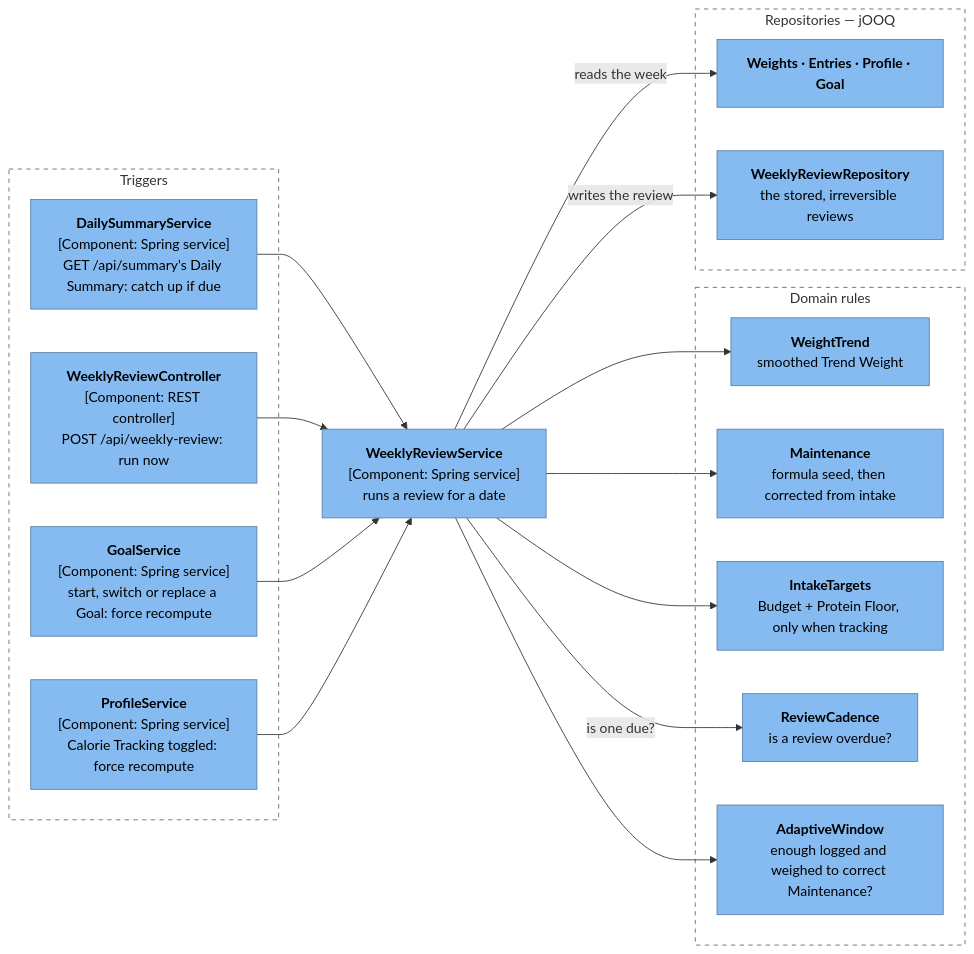
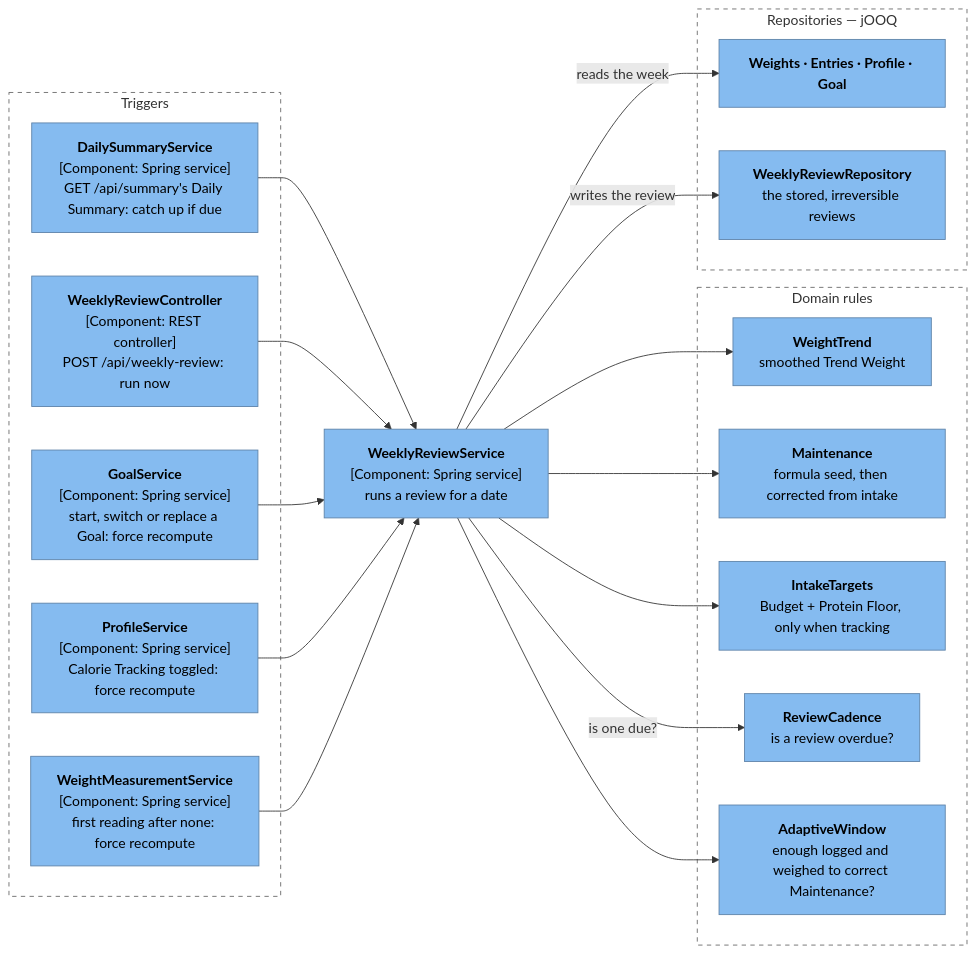
The fifth of 10 diagrams in docs/architecture.md (skrymer/tucker), drawn with Mermaid before and after one commit. The commit also changed other lines of this file and 4 other files, not shown here.

First line of the commit message:
Pin tracking turned off with no reading; the review diagram draws the new trigger

````diff
--- a/docs/architecture.md
+++ b/docs/architecture.md
@@ -204,41 +205,43 @@
 ```mermaid
 flowchart LR
   subgraph triggers["Triggers"]
     summary["<b>DailySummaryService</b><br/>[Component: Spring service]<br/>GET /api/summary's Daily Summary: catch up if due"]:::component
     manual["<b>WeeklyReviewController</b><br/>[Component: REST controller]<br/>POST /api/weekly-review: run now"]:::component
     goal["<b>GoalService</b><br/>[Component: Spring service]<br/>start, switch or replace a Goal: force recompute"]:::component
     profile["<b>ProfileService</b><br/>[Component: Spring service]<br/>Calorie Tracking toggled: force recompute"]:::component
+    weighin["<b>WeightMeasurementService</b><br/>[Component: Spring service]<br/>first reading after none: force recompute"]:::component
   end
 
   engine["<b>WeeklyReviewService</b><br/>[Component: Spring service]<br/>runs a review for a date"]:::component
 
   subgraph rules["Domain rules"]
     trend["<b>WeightTrend</b><br/>smoothed Trend Weight"]:::component
     maint["<b>Maintenance</b><br/>formula seed, then corrected from intake"]:::component
     targets["<b>IntakeTargets</b><br/>Budget + Protein Floor, only when tracking"]:::component
     cadence["<b>ReviewCadence</b><br/>is a review overdue?"]:::component
     window["<b>AdaptiveWindow</b><br/>enough logged and weighed to correct Maintenance?"]:::component
   end
 
   subgraph inputs["Repositories — jOOQ"]
     reads["<b>Weights · Entries · Profile · Goal</b>"]:::component
     reviews["<b>WeeklyReviewRepository</b><br/>the stored, irreversible reviews"]:::component
   end
 
   summary --> engine
   manual --> engine
   goal --> engine
   profile --> engine
+  weighin --> engine
   engine -- "is one due?" --> cadence
   engine -- "reads the week" --> reads
   engine --> trend
   engine --> window
   engine --> maint
   engine --> targets
   engine -- "writes the review" --> reviews
 
   classDef component fill:#85bbf0,color:#000,stroke:#5d82a8
   style triggers fill:none,stroke:#666,stroke-dasharray:5 5
   style rules fill:none,stroke:#666,stroke-dasharray:5 5
   style inputs fill:none,stroke:#666,stroke-dasharray:5 5
 ```
````
